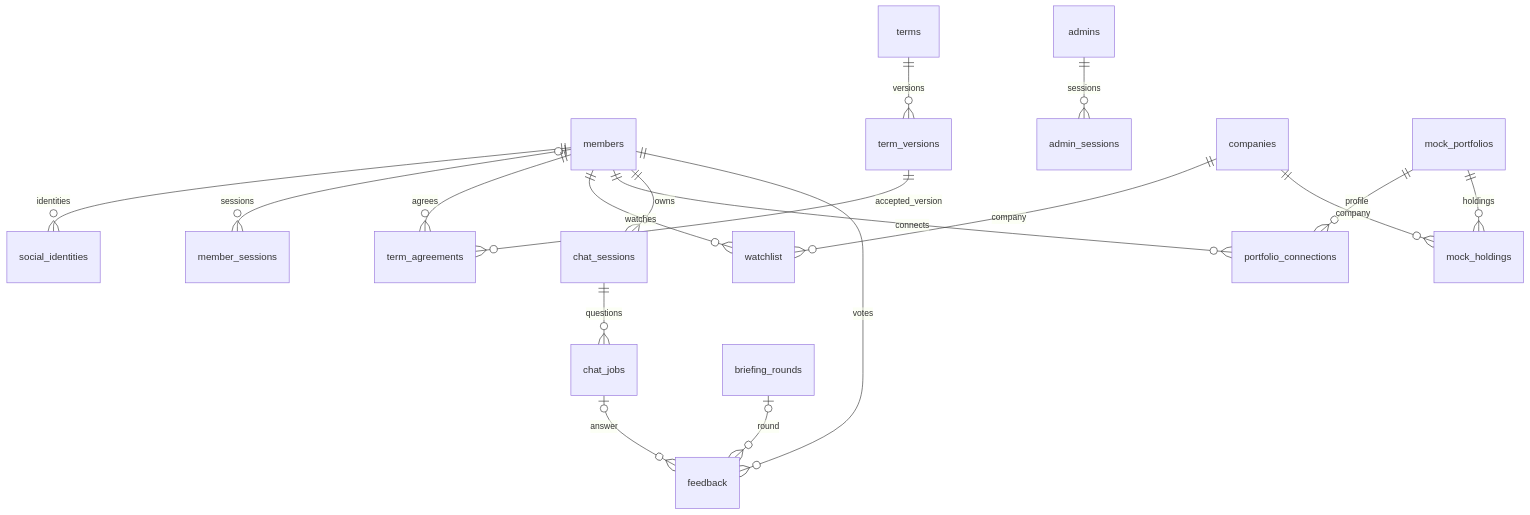
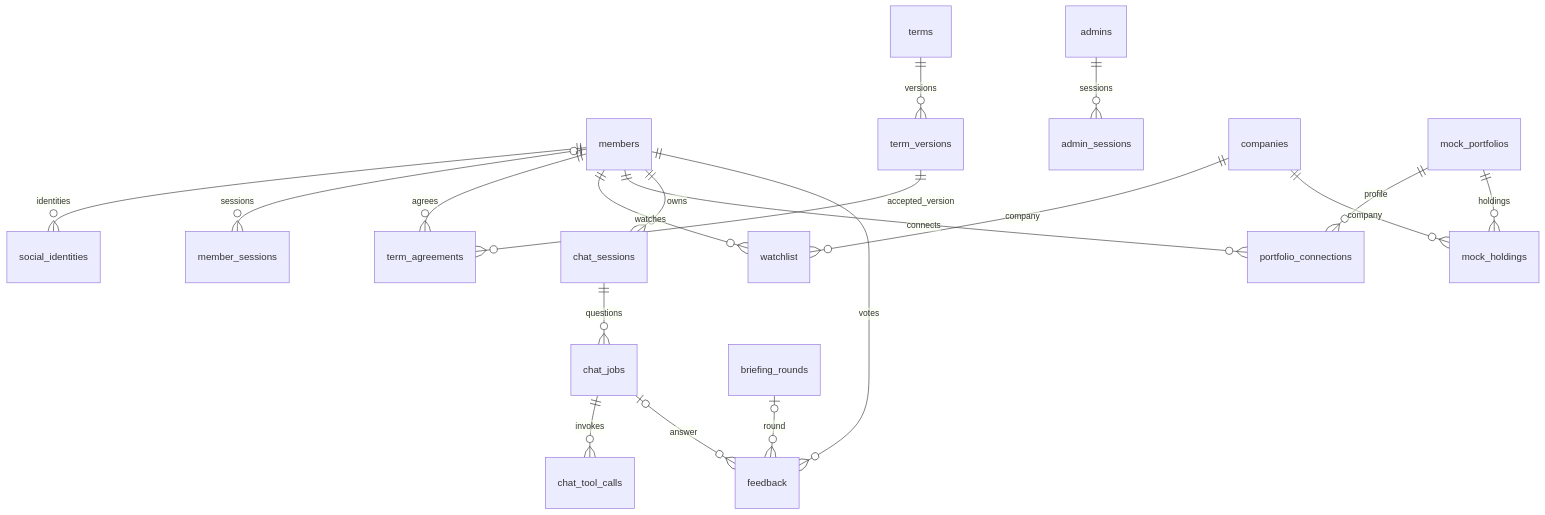
Before and after one commit to Donbug/zoop: the first of 2 diagrams in docs/erd/zoop-core-erd-v6.md, drawn with Mermaid. The commit also changed other lines of this file and 21 other files, not shown here.

````diff
--- a/docs/erd/zoop-core-erd-v6.md
+++ b/docs/erd/zoop-core-erd-v6.md
@@ -576,20 +597,21 @@
 ```mermaid
 erDiagram
     members ||--o{ social_identities : identities
     members o|--o{ member_sessions : sessions
     members ||--o{ term_agreements : agrees
     terms ||--o{ term_versions : versions
     term_versions ||--o{ term_agreements : accepted_version
     admins ||--o{ admin_sessions : sessions
     members ||--o{ watchlist : watches
     companies ||--o{ watchlist : company
     members ||--o{ portfolio_connections : connects
     mock_portfolios ||--o{ portfolio_connections : profile
     mock_portfolios ||--o{ mock_holdings : holdings
     companies ||--o{ mock_holdings : company
     members ||--o{ chat_sessions : owns
     chat_sessions ||--o{ chat_jobs : questions
+    chat_jobs ||--o{ chat_tool_calls : invokes
     members ||--o{ feedback : votes
     chat_jobs o|--o{ feedback : answer
     briefing_rounds o|--o{ feedback : round
 ```
````
